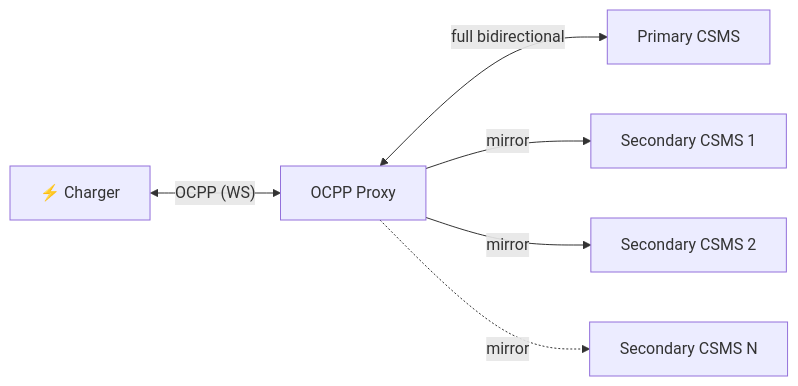
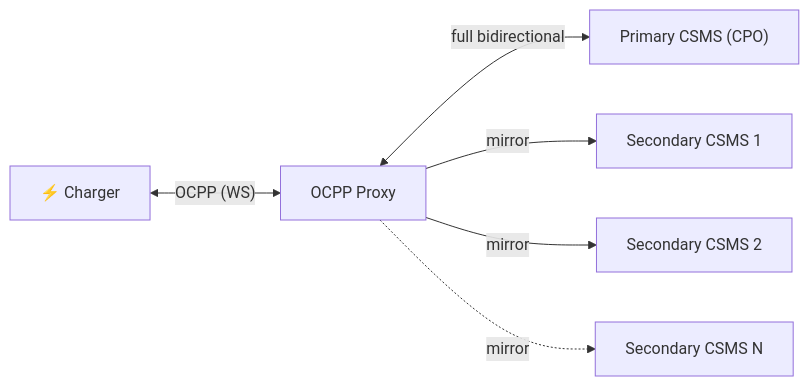
The diagram in README.md (jrverheij/joulo-ocpp-proxy), drawn with Mermaid before and after one commit. The commit also changed other lines of this file and 3 other files, not shown here.

````diff
--- a/README.md
+++ b/README.md
@@ -23,15 +18,15 @@
 ```mermaid
 graph LR
     Charger["⚡ Charger"]
     Proxy["OCPP Proxy"]
-    Primary["Primary CSMS"]
+    Primary["Primary CSMS (CPO)"]
     S1["Secondary CSMS 1"]
     S2["Secondary CSMS 2"]
     SN["Secondary CSMS N"]
 
     Charger <-->|"OCPP (WS)"| Proxy
     Proxy <-->|"full bidirectional"| Primary
     Proxy -->|"mirror"| S1
     Proxy -->|"mirror"| S2
     Proxy -.->|"mirror"| SN
 ```
````
